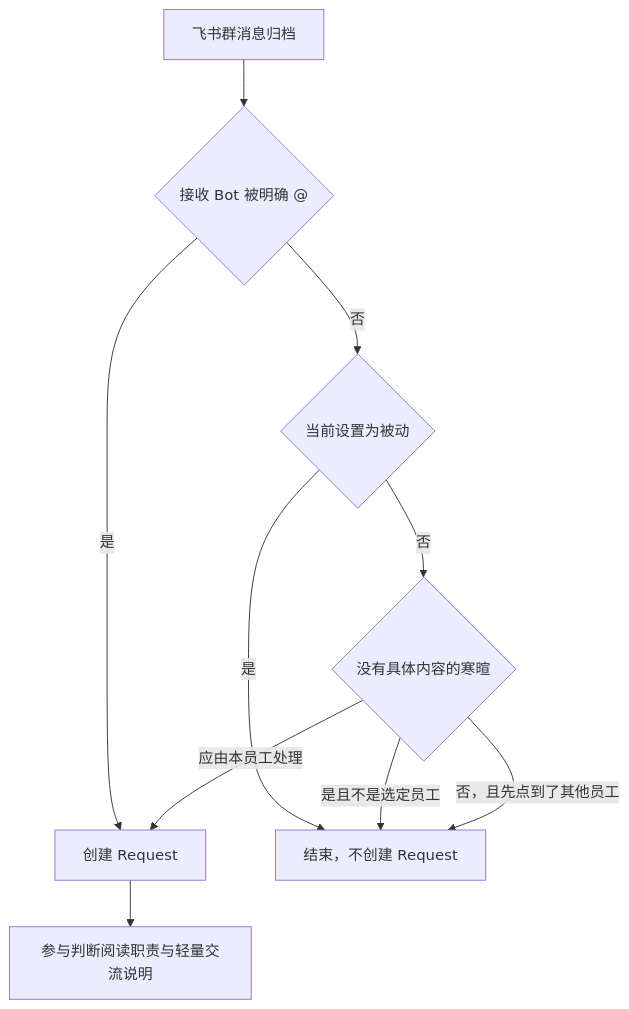
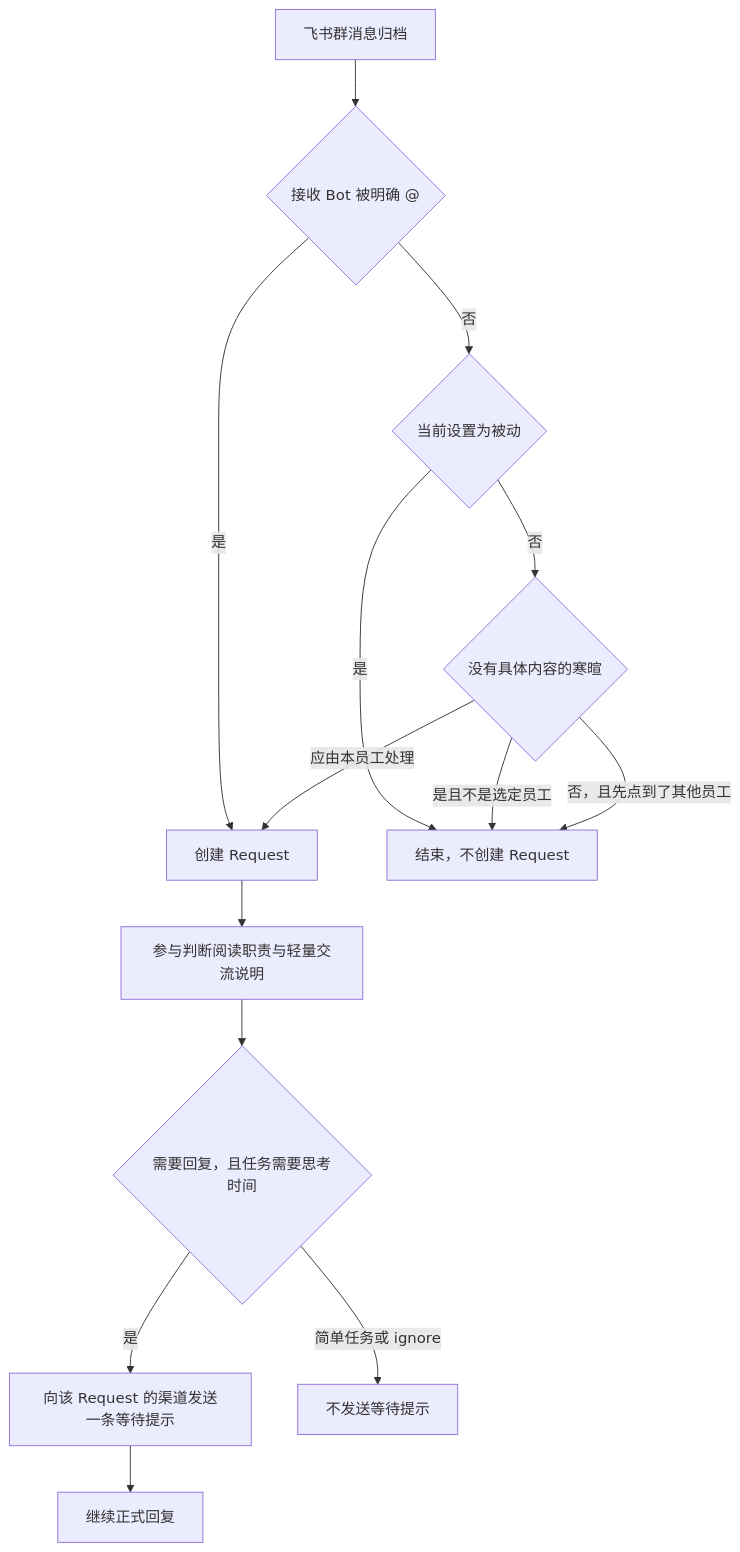
Before and after one commit to openJiuwen-ai/jiuwenswarm: the diagram in jiuwenswarm/server/jiuwenmate/docs/features/F_23_group-reply-mode.md, drawn with Mermaid. The commit also changed other lines of this file and 9 other files, not shown here.

````diff
--- a/jiuwenswarm/server/jiuwenmate/docs/features/F_23_group-reply-mode.md
+++ b/jiuwenswarm/server/jiuwenmate/docs/features/F_23_group-reply-mode.md
@@ -38,12 +40,16 @@
 ```mermaid
 flowchart TD
     A["飞书群消息归档"] --> B{"接收 Bot 被明确 @"}
     B -->|是| R["创建 Request"]
     B -->|否| C{"当前设置为被动"}
     C -->|是| H["结束，不创建 Request"]
     C -->|否| D{"没有具体内容的寒暄"}
     D -->|是且不是选定员工| H
     D -->|否，且先点到了其他员工| H
     D -->|应由本员工处理| R
     R --> P["参与判断阅读职责与轻量交流说明"]
+    P --> N{"需要回复，且任务需要思考时间"}
+    N -->|是| W["向该 Request 的渠道发送一条等待提示"]
+    N -->|简单任务或 ignore| S["不发送等待提示"]
+    W --> E["继续正式回复"]
 ```
````
